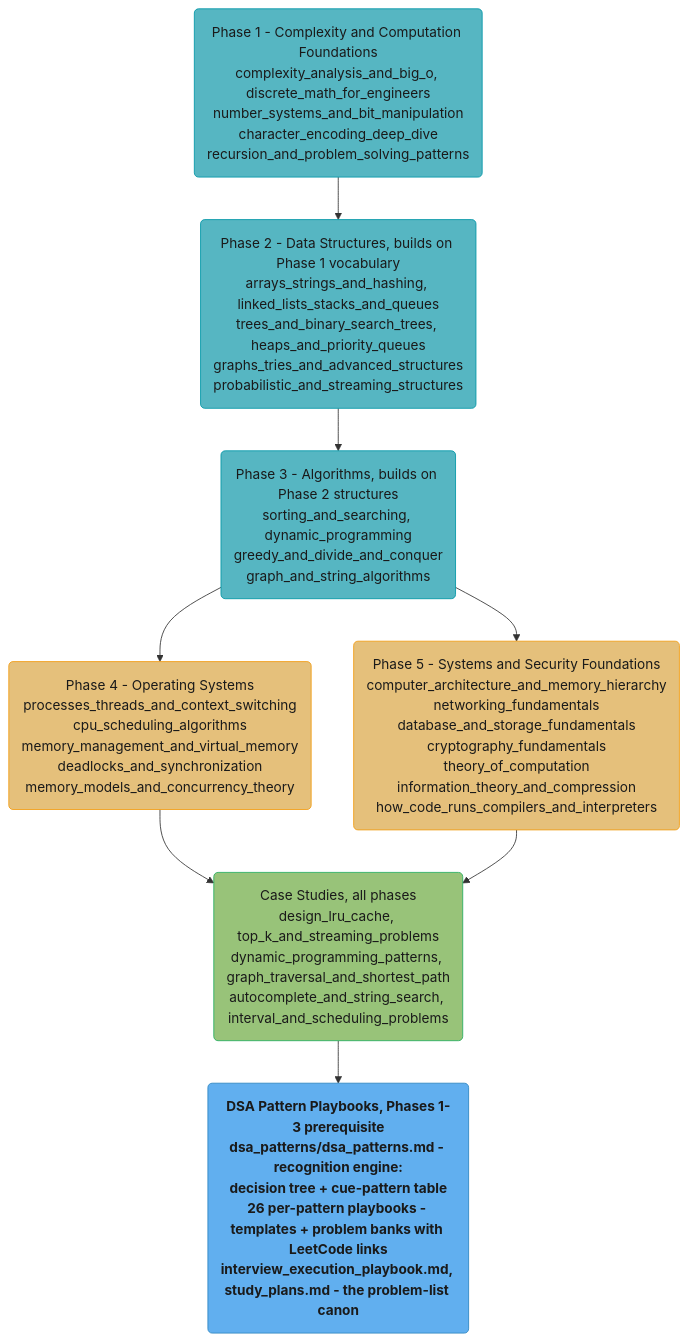
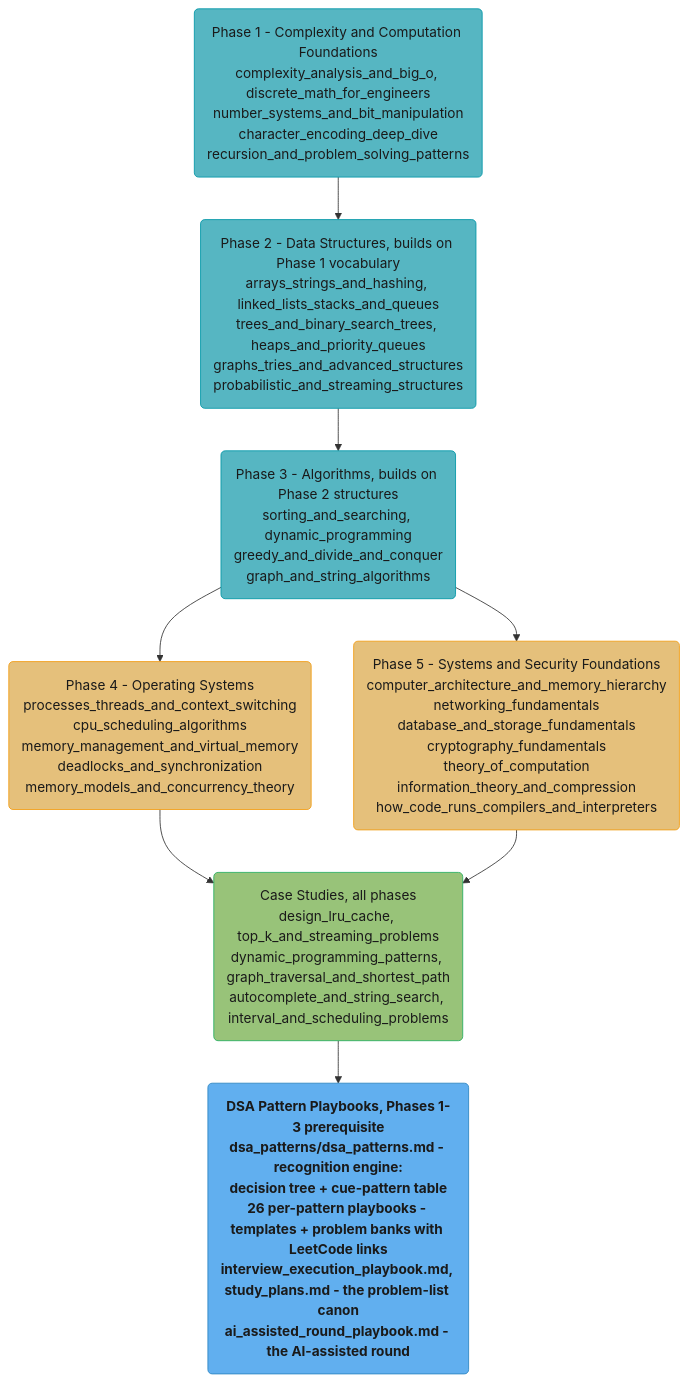
The diagram in src/main/java/com/rutik/systemdesign/cs_fundamentals/README.md (rppol/system-design), drawn with Mermaid before and after one commit. The commit also changed other lines of this file and 62 other files, not shown here.

````diff
--- a/src/main/java/com/rutik/systemdesign/cs_fundamentals/README.md
+++ b/src/main/java/com/rutik/systemdesign/cs_fundamentals/README.md
@@ -101,30 +101,30 @@
 ```mermaid
 flowchart TD
     classDef io      fill:#61afef,stroke:#2e86c1,color:#1a1a1a,font-weight:bold
     classDef frozen  fill:#c678dd,stroke:#9b59b6,color:#fff
     classDef train   fill:#98c379,stroke:#27ae60,color:#1a1a1a
     classDef mathOp  fill:#d19a66,stroke:#e67e22,color:#1a1a1a,font-weight:bold
     classDef lossN   fill:#e06c75,stroke:#c0392b,color:#fff,font-weight:bold
     classDef req     fill:#56b6c2,stroke:#0097a7,color:#1a1a1a
     classDef base    fill:#e5c07b,stroke:#f39c12,color:#1a1a1a
 
     p1("Phase 1 - Complexity and Computation Foundations<br/>complexity_analysis_and_big_o, discrete_math_for_engineers<br/>number_systems_and_bit_manipulation<br/>character_encoding_deep_dive<br/>recursion_and_problem_solving_patterns")
     p2("Phase 2 - Data Structures, builds on Phase 1 vocabulary<br/>arrays_strings_and_hashing, linked_lists_stacks_and_queues<br/>trees_and_binary_search_trees, heaps_and_priority_queues<br/>graphs_tries_and_advanced_structures<br/>probabilistic_and_streaming_structures")
     p3("Phase 3 - Algorithms, builds on Phase 2 structures<br/>sorting_and_searching, dynamic_programming<br/>greedy_and_divide_and_conquer<br/>graph_and_string_algorithms")
     p4("Phase 4 - Operating Systems<br/>processes_threads_and_context_switching<br/>cpu_scheduling_algorithms<br/>memory_management_and_virtual_memory<br/>deadlocks_and_synchronization<br/>memory_models_and_concurrency_theory")
     p5("Phase 5 - Systems and Security Foundations<br/>computer_architecture_and_memory_hierarchy<br/>networking_fundamentals<br/>database_and_storage_fundamentals<br/>cryptography_fundamentals<br/>theory_of_computation<br/>information_theory_and_compression<br/>how_code_runs_compilers_and_interpreters")
     cs("Case Studies, all phases<br/>design_lru_cache, top_k_and_streaming_problems<br/>dynamic_programming_patterns, graph_traversal_and_shortest_path<br/>autocomplete_and_string_search, interval_and_scheduling_problems")
-    dsap("DSA Pattern Playbooks, Phases 1-3 prerequisite<br/>dsa_patterns/dsa_patterns.md - recognition engine:<br/>decision tree + cue-pattern table<br/>26 per-pattern playbooks - templates + problem banks with LeetCode links<br/>interview_execution_playbook.md, study_plans.md - the problem-list canon")
+    dsap("DSA Pattern Playbooks, Phases 1-3 prerequisite<br/>dsa_patterns/dsa_patterns.md - recognition engine:<br/>decision tree + cue-pattern table<br/>26 per-pattern playbooks - templates + problem banks with LeetCode links<br/>interview_execution_playbook.md, study_plans.md - the problem-list canon<br/>ai_assisted_round_playbook.md - the AI-assisted round")
 
     p1 --> p2 --> p3
     p3 --> p4
     p3 --> p5
     p4 --> cs
     p5 --> cs
     cs --> dsap
 
     class p1,p2,p3 req
     class p4,p5 base
     class cs train
     class dsap io
 ```
````
